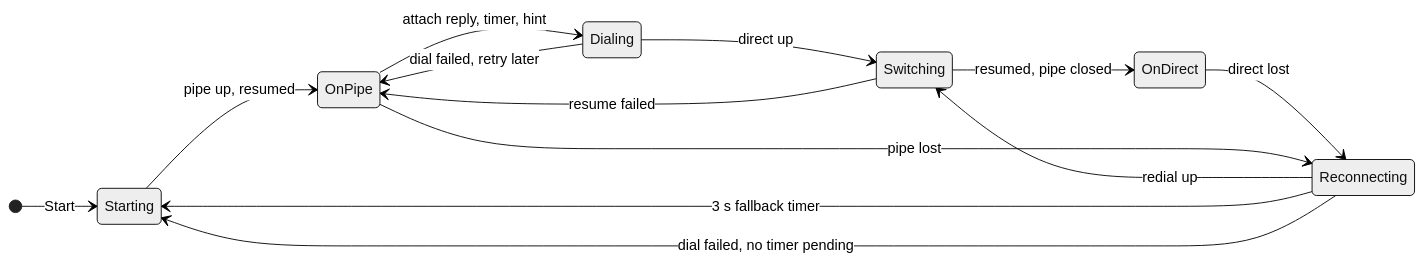
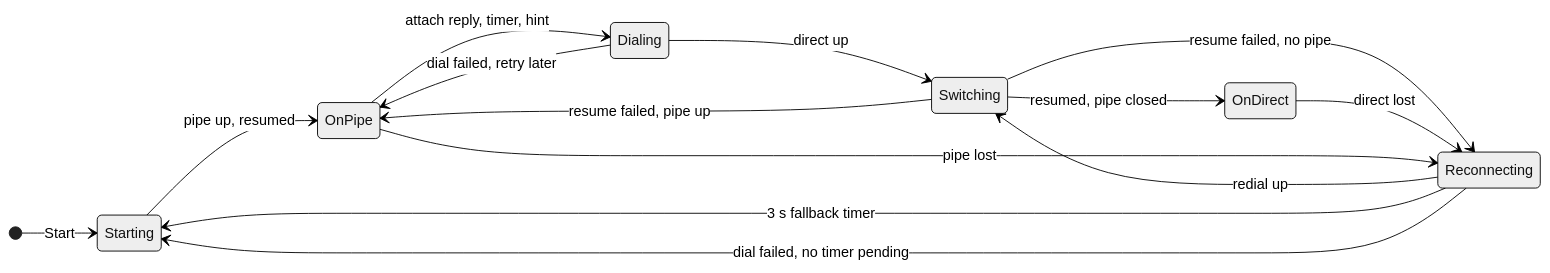
The third of 3 diagrams in docs/m1/quic-link.md (anthonytw/fil), drawn with Mermaid (neutral theme) before and after one commit. The commit also changed other lines of this file and 1 other file, not shown here.

First line of the commit message:
docs: state diagram covers a failed switch from Reconnecting; quick refusal; M2 note on dropped payloads

````diff
--- a/docs/m1/quic-link.md
+++ b/docs/m1/quic-link.md
@@ -96,16 +96,17 @@
 ```mermaid
 stateDiagram-v2
     direction LR
     [*] --> Starting: Start
     Starting --> OnPipe: pipe up, resumed
     OnPipe --> Dialing: attach reply, timer, hint
     Dialing --> OnPipe: dial failed, retry later
     Dialing --> Switching: direct up
     Switching --> OnDirect: resumed, pipe closed
-    Switching --> OnPipe: resume failed
+    Switching --> OnPipe: resume failed, pipe up
+    Switching --> Reconnecting: resume failed, no pipe
     OnDirect --> Reconnecting: direct lost
     OnPipe --> Reconnecting: pipe lost
     Reconnecting --> Switching: redial up
     Reconnecting --> Starting: 3 s fallback timer
     Reconnecting --> Starting: dial failed, no timer pending
 ```
````
